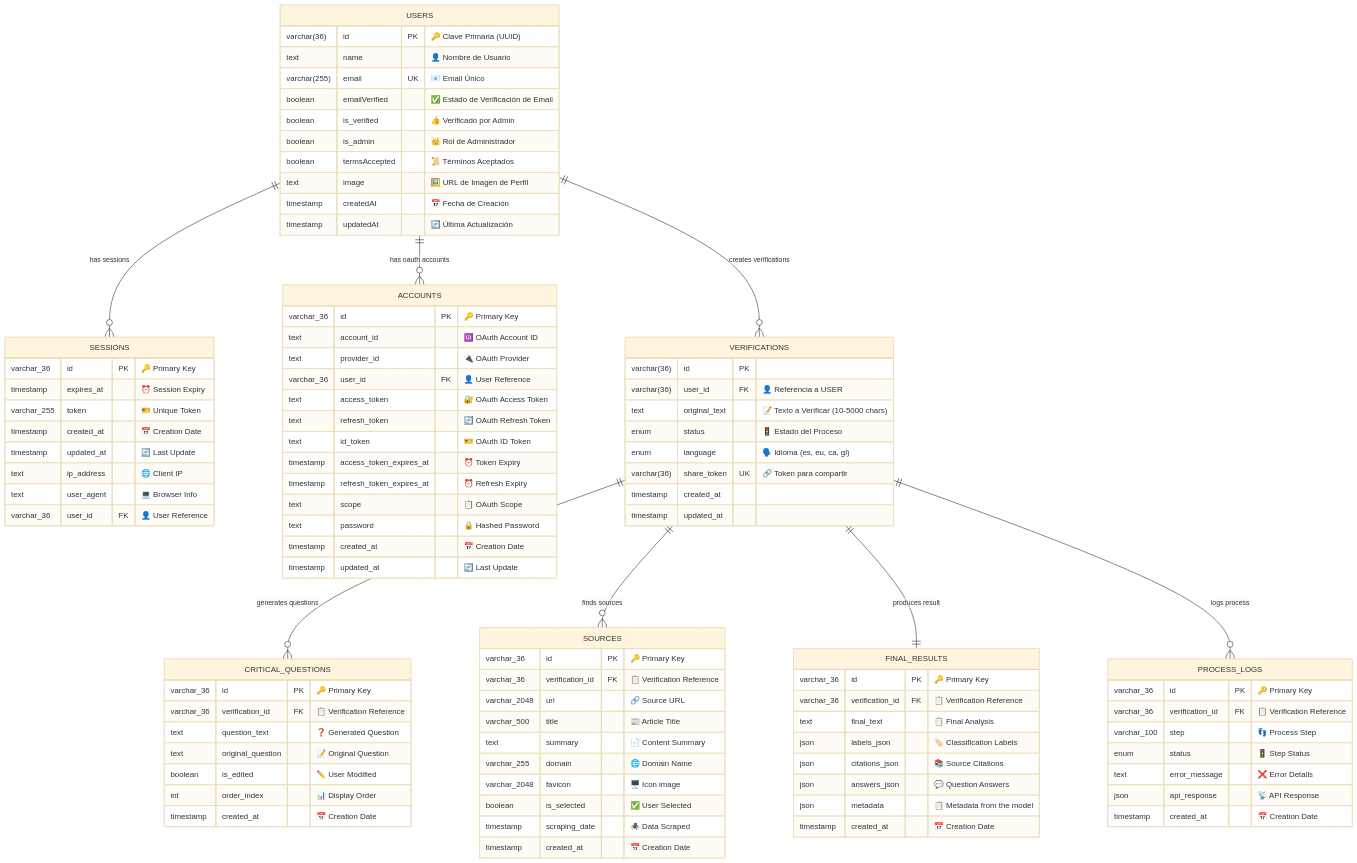
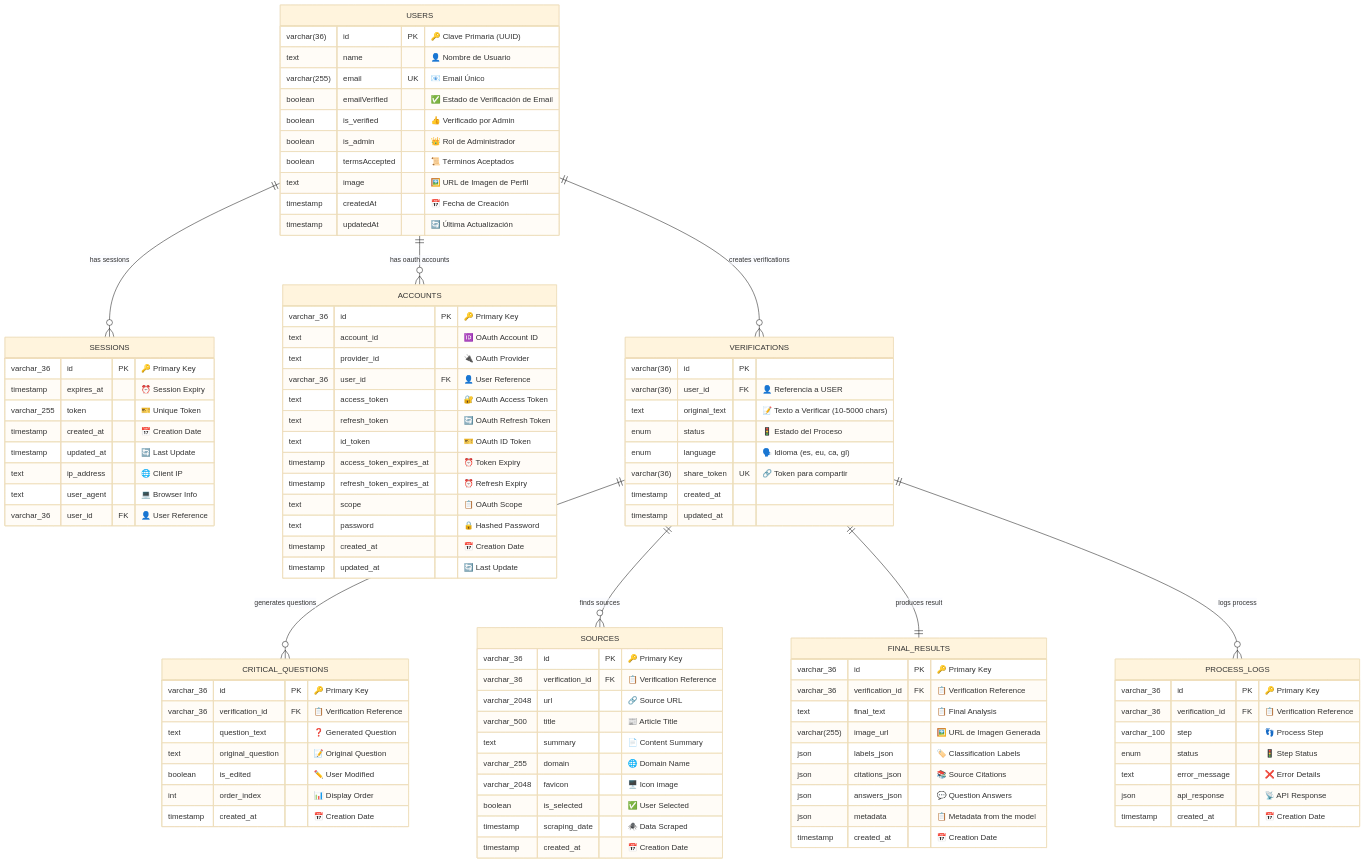
Before and after one commit to checkeapp-group/CheckeApp: the first of 4 diagrams in docs/DATABASE.md, drawn with Mermaid. The commit also changed other lines of this file and 5 other files, not shown here.

Commit message:
feat: update API documentation to reflect new endpoints and changes in verification flow

```diff
--- a/docs/DATABASE.md
+++ b/docs/DATABASE.md
@@ -103,6 +103,7 @@
         varchar_36 id PK "🔑 Primary Key"
         varchar_36 verification_id FK "📋 Verification Reference"
         text final_text "📋 Final Analysis"
+        varchar(255) image_url "🖼️ URL de Imagen Generada"
         json labels_json "🏷️ Classification Labels"
         json citations_json "📚 Source Citations"
         json answers_json "💬 Question Answers"
```
